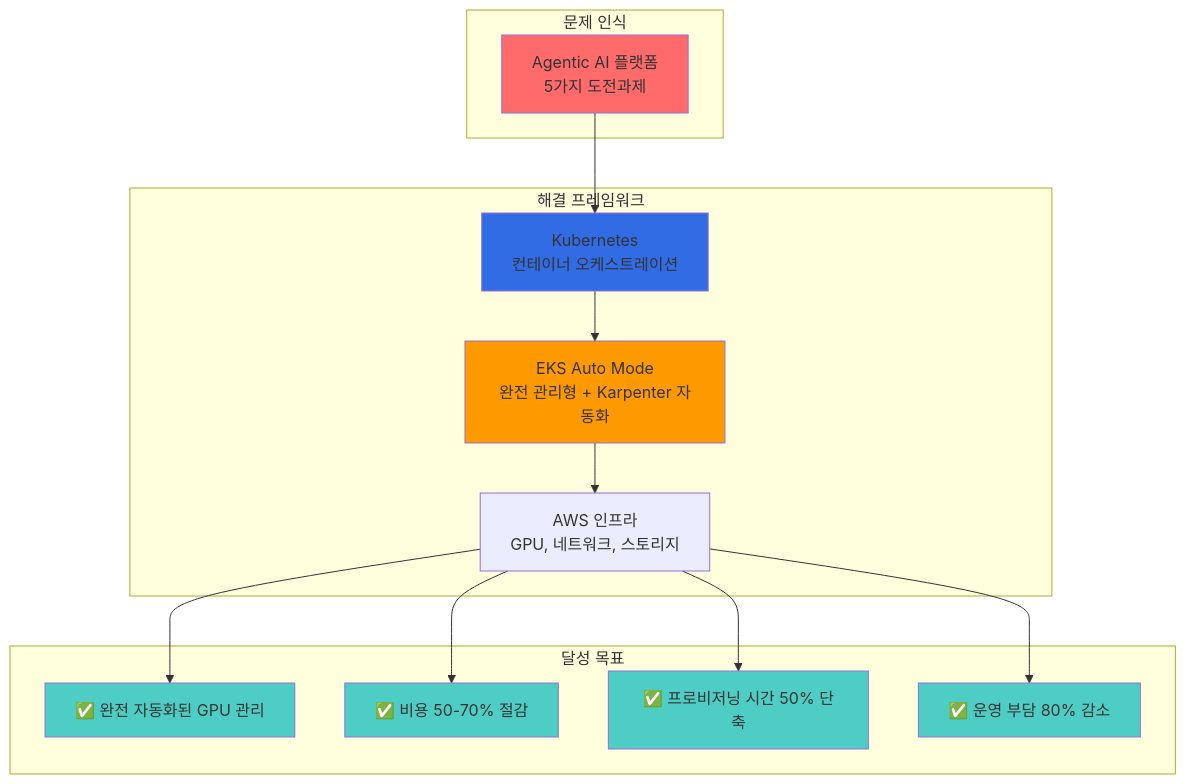
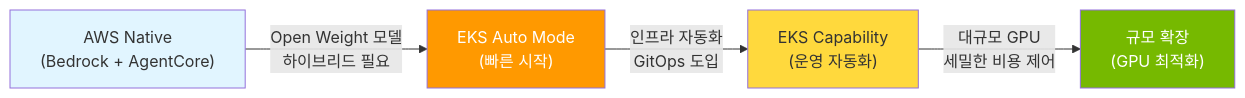
One commit to devfloor9/engineering-playbook changed diagram 11 of 11 in docs/agentic-ai-platform/design-architecture/agentic-ai-solutions-eks.md. Above: the diagram before and after it, drawn with Mermaid. The commit also changed other lines of this file and 6 other files, not shown here.

First line of the commit message:
refactor: design-architecture 문서 흐름 재구성 + 콘텐츠 재배치

````diff
--- a/docs/agentic-ai-platform/design-architecture/agentic-ai-solutions-eks.md
+++ b/docs/agentic-ai-platform/design-architecture/agentic-ai-solutions-eks.md
@@ -2645,32 +695,16 @@
 ```mermaid
-graph TB
-    subgraph "문제 인식"
-        P["Agentic AI 플랫폼<br/>5가지 도전과제"]
-    end
+graph LR
+    START["AWS Native<br/>(Bedrock + AgentCore)"]
+    AUTO["EKS Auto Mode<br/>(빠른 시작)"]
+    CAP["EKS Capability<br/>(운영 자동화)"]
+    SCALE["규모 확장<br/>(GPU 최적화)"]
 
-    subgraph "해결 프레임워크"
-        K8S["Kubernetes<br/>컨테이너 오케스트레이션"]
-        AUTO["EKS Auto Mode<br/>완전 관리형 + Karpenter 자동화"]
-        AWS["AWS 인프라<br/>GPU, 네트워크, 스토리지"]
-    end
+    START -->|"Open Weight 모델<br/>하이브리드 필요"| AUTO
+    AUTO -->|"인프라 자동화<br/>GitOps 도입"| CAP
+    CAP -->|"대규모 GPU<br/>세밀한 비용 제어"| SCALE
 
-    subgraph "달성 목표"
-        G1["✅ 완전 자동화된 GPU 관리"]
-        G2["✅ 비용 50-70% 절감"]
-        G3["✅ 프로비저닝 시간 50% 단축"]
-        G4["✅ 운영 부담 80% 감소"]
-    end
-
-    P --> K8S
-    K8S --> AUTO
-    AUTO --> AWS
-    AWS --> G1 & G2 & G3 & G4
-
-    style P fill:#ff6b6b
-    style K8S fill:#326ce5
-    style AUTO fill:#ff9900
-    style G1 fill:#4ecdc4
-    style G2 fill:#4ecdc4
-    style G3 fill:#4ecdc4
-    style G4 fill:#4ecdc4
+    style START fill:#e1f5ff
+    style AUTO fill:#ff9900,color:#fff
+    style CAP fill:#ffd93d
+    style SCALE fill:#76b900,color:#fff
 ```
````
